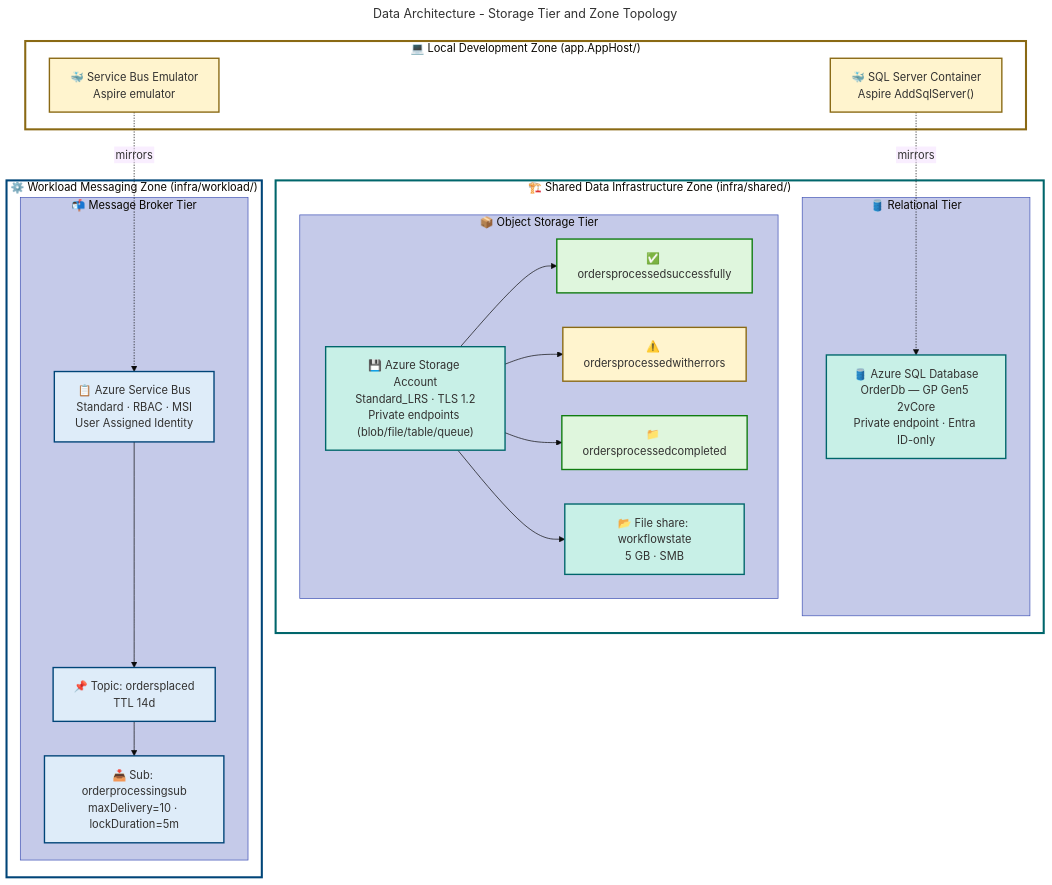
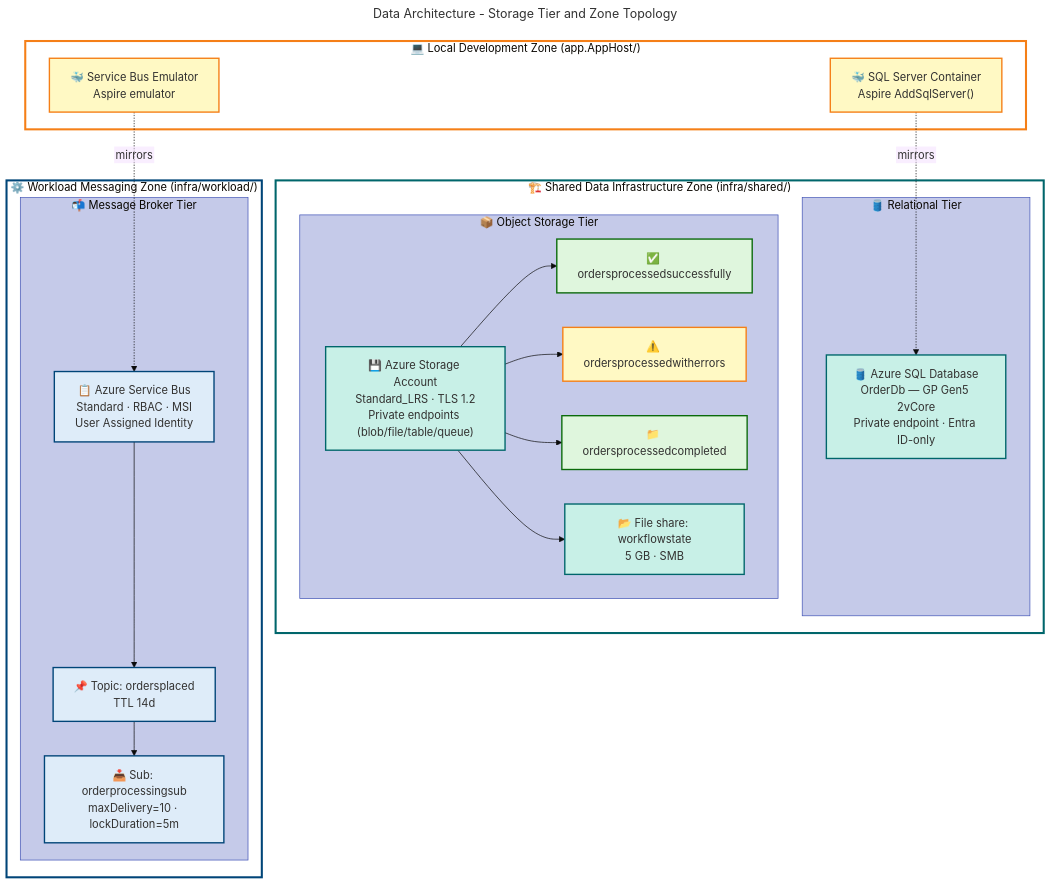
One commit to Evilazaro/Azure-LogicApps-Monitoring changed the first of 4 diagrams in docs/architecture/Data-Layer-Architecture.md. Above: the diagram before and after it, drawn with Mermaid. The commit also changed other lines of this file and 3 other files, not shown here.

Commit message:
docs: update color definitions in architecture diagrams for improved clarity and consistency

````diff
--- a/docs/architecture/Data-Layer-Architecture.md
+++ b/docs/architecture/Data-Layer-Architecture.md
@@ -187,73 +187,73 @@
 ```mermaid
 ---
 title: Data Architecture - Storage Tier and Zone Topology
 config:
   theme: base
   themeVariables:
     fontSize: '16px'
   flowchart:
     htmlLabels: false
 ---
 flowchart TB
     accTitle: Data Architecture Storage Tier and Zone Topology
     accDescr: Shows the three-tier storage architecture with data zones, network isolation, and governance controls
 
     %% ═══════════════════════════════════════════════════════════════════════════
     %% AZURE / FLUENT ARCHITECTURE PATTERN v1.1
     %% (Semantic + Structural + Font + Accessibility Governance)
     %% ═══════════════════════════════════════════════════════════════════════════
     %% PHASE 1 - STRUCTURAL: TB direction, 3 tiers, shared + workload zones
     %% PHASE 2 - SEMANTIC: 4 colors (azureBlue, presenceTeal, warningOrange, successGreen)
     %% PHASE 3 - FONT: Dark text #323130 on light backgrounds (WCAG AA)
     %% PHASE 4 - ACCESSIBILITY: accTitle/accDescr present, icons on all nodes
     %% PHASE 5 - STANDARD: v1.1 format, style directives for subgraphs
     %% ═══════════════════════════════════════════════════════════════════════════
 
     subgraph sharedInfra["🏗️ Shared Data Infrastructure Zone (infra/shared/)"]
         subgraph relational["🛢️ Relational Tier"]
             SQL["🛢️ Azure SQL Database\nOrderDb — GP Gen5 2vCore\nPrivate endpoint · Entra ID-only"]:::presenceTeal
         end
         subgraph objectStorage["📦 Object Storage Tier"]
             STORAGE["💾 Azure Storage Account\nStandard_LRS · TLS 1.2\nPrivate endpoints (blob/file/table/queue)"]:::presenceTeal
             BLOB_OK["✅ ordersprocessedsuccessfully"]:::successGreen
             BLOB_ERR["⚠️ ordersprocessedwitherrors"]:::warningOrange
             BLOB_DONE["📁 ordersprocessedcompleted"]:::successGreen
             FILESHARE["📂 File share: workflowstate\n5 GB · SMB"]:::presenceTeal
         end
         STORAGE --> BLOB_OK
         STORAGE --> BLOB_ERR
         STORAGE --> BLOB_DONE
         STORAGE --> FILESHARE
     end
 
     subgraph workloadInfra["⚙️ Workload Messaging Zone (infra/workload/)"]
         subgraph messaging["📬 Message Broker Tier"]
             SB["📋 Azure Service Bus\nStandard · RBAC · MSI\nUser Assigned Identity"]:::azureBlue
             TOPIC["📌 Topic: ordersplaced\nTTL 14d"]:::azureBlue
             SUB["📥 Sub: orderprocessingsub\nmaxDelivery=10 · lockDuration=5m"]:::azureBlue
         end
         SB --> TOPIC --> SUB
     end
 
     subgraph localDev["💻 Local Development Zone (app.AppHost/)"]
         SQL_LOCAL["🐳 SQL Server Container\nAspire AddSqlServer()"]:::warningOrange
         SB_LOCAL["🐳 Service Bus Emulator\nAspire emulator"]:::warningOrange
     end
 
     SQL_LOCAL -.->|"mirrors"| SQL
     SB_LOCAL -.->|"mirrors"| SB
 
     %% Centralized classDefs
     classDef azureBlue fill:#DEECF9,stroke:#004578,stroke-width:2px,color:#323130
     classDef presenceTeal fill:#C8F0E7,stroke:#00666B,stroke-width:2px,color:#323130
-    classDef warningOrange fill:#FFF4CE,stroke:#8A6914,stroke-width:2px,color:#323130
-    classDef successGreen fill:#DFF6DD,stroke:#107C10,stroke-width:2px,color:#323130
+    classDef warningOrange fill:#FFF9C4,stroke:#F57F17,stroke-width:2px,color:#323130
+    classDef successGreen fill:#DFF6DD,stroke:#0B6A0B,stroke-width:2px,color:#323130
 
     %% Centralized style directives for subgraphs
     style sharedInfra fill:#FFFFFF,stroke:#00666B,stroke-width:3px
     style workloadInfra fill:#FFFFFF,stroke:#004578,stroke-width:3px
-    style localDev fill:#FFFFFF,stroke:#8A6914,stroke-width:3px
+    style localDev fill:#FFFFFF,stroke:#F57F17,stroke-width:3px
     style relational fill:#C5CAE9,stroke:#3F51B5,stroke-width:1px
     style objectStorage fill:#C5CAE9,stroke:#3F51B5,stroke-width:1px
     style messaging fill:#C5CAE9,stroke:#3F51B5,stroke-width:1px
 ```
````
